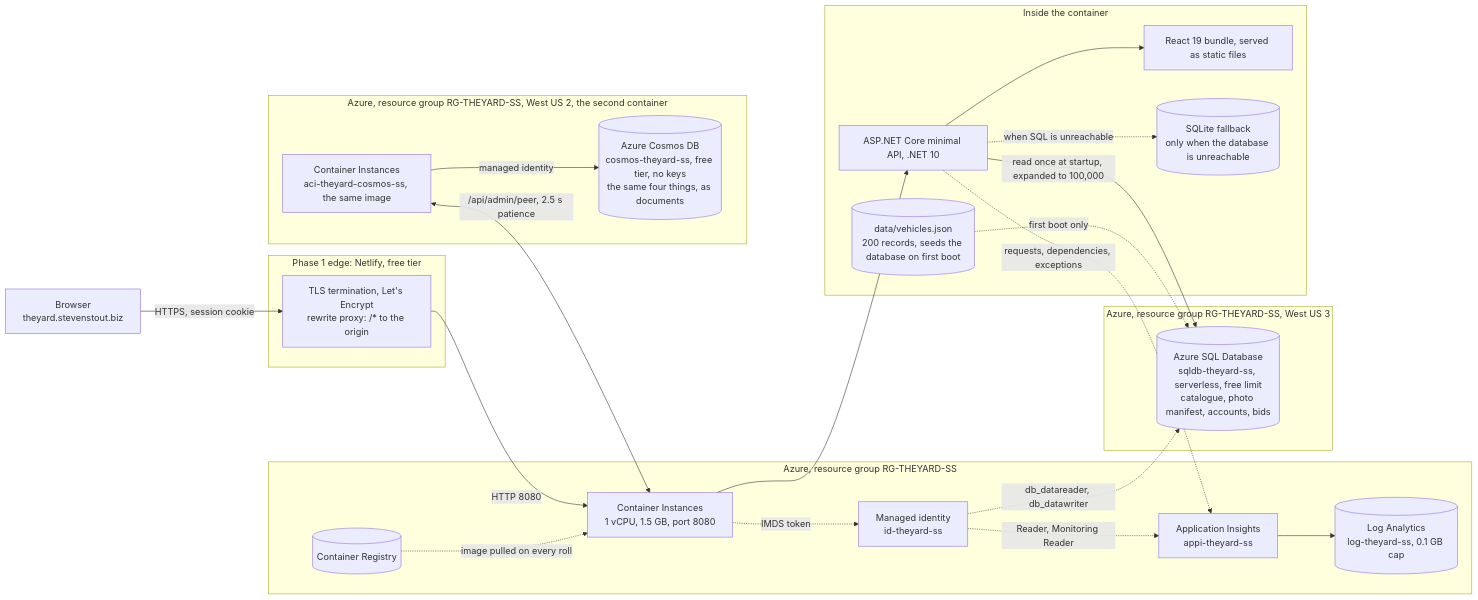
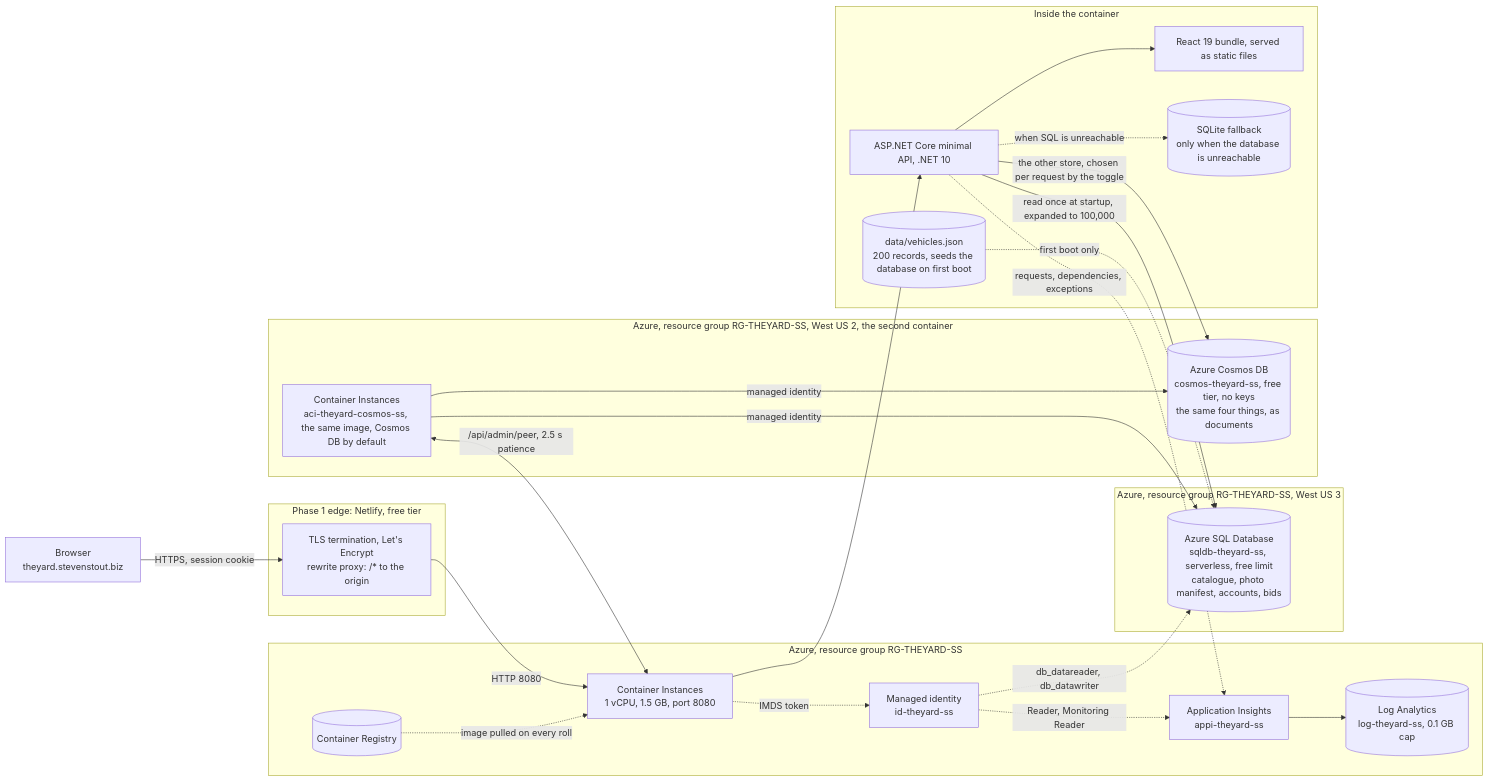
Before and after one commit to SteveStout/TheYard: the first of 3 diagrams in docs/ARCHITECTURE.md, drawn with Mermaid. The commit also changed 38 other files, not shown here.

First line of the commit message:
One container, both stores; the toggle; the proof; the second review

````diff
--- a/docs/ARCHITECTURE.md
+++ b/docs/ARCHITECTURE.md
@@ -25,48 +25,50 @@
 ```mermaid
 flowchart LR
   B["Browser<br/>theyard.stevenstout.biz"]
 
   subgraph edge["Phase 1 edge: Netlify, free tier"]
     TLS["TLS termination, Let's Encrypt<br/>rewrite proxy: /* to the origin"]
   end
 
   subgraph azure["Azure, resource group RG-THEYARD-SS"]
     ACI["Container Instances<br/>1 vCPU, 1.5 GB, port 8080"]
     ACR[("Container Registry")]
     MI["Managed identity<br/>id-theyard-ss"]
     AI["Application Insights<br/>appi-theyard-ss"]
     LAW[("Log Analytics<br/>log-theyard-ss, 0.1 GB cap")]
   end
 
   subgraph sql["Azure, resource group RG-THEYARD-SS, West US 3"]
     SQL[("Azure SQL Database<br/>sqldb-theyard-ss, serverless, free limit<br/>catalogue, photo manifest, accounts, bids")]
   end
 
   subgraph cosmos["Azure, resource group RG-THEYARD-SS, West US 2, the second container"]
-    ACI2["Container Instances<br/>aci-theyard-cosmos-ss, the same image"]
+    ACI2["Container Instances<br/>aci-theyard-cosmos-ss, the same image, Cosmos DB by default"]
     COSMOS[("Azure Cosmos DB<br/>cosmos-theyard-ss, free tier, no keys<br/>the same four things, as documents")]
     ACI2 -->|managed identity| COSMOS
+    ACI2 -->|managed identity| SQL
     ACI2 <-->|/api/admin/peer, 2.5 s patience| ACI
   end
 
   subgraph box["Inside the container"]
     API["ASP.NET Core minimal API, .NET 10"]
     SPA["React 19 bundle, served as static files"]
     SEED[("data/vehicles.json<br/>200 records, seeds the database on first boot")]
     FILE[("SQLite fallback<br/>only when the database is unreachable")]
   end
 
   B -->|HTTPS, session cookie| TLS
   TLS -->|HTTP 8080| ACI
   ACI --> API
   API --> SPA
   API -->|read once at startup, expanded to 100,000| SQL
+  API -->|the other store, chosen per request by the toggle| COSMOS
   API -.->|when SQL is unreachable| FILE
   MI -.->|db_datareader, db_datawriter| SQL
   SEED -.->|first boot only| SQL
   ACR -.->|image pulled on every roll| ACI
   ACI -.->|IMDS token| MI
   MI -.->|Reader, Monitoring Reader| AI
   API -.->|requests, dependencies, exceptions| AI
   AI --> LAW
 ```
````
